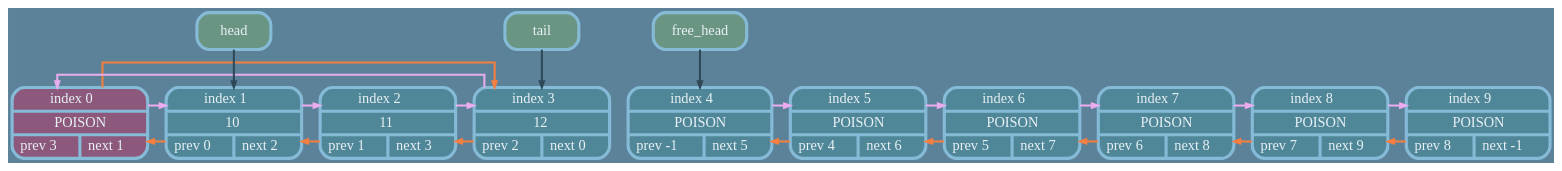
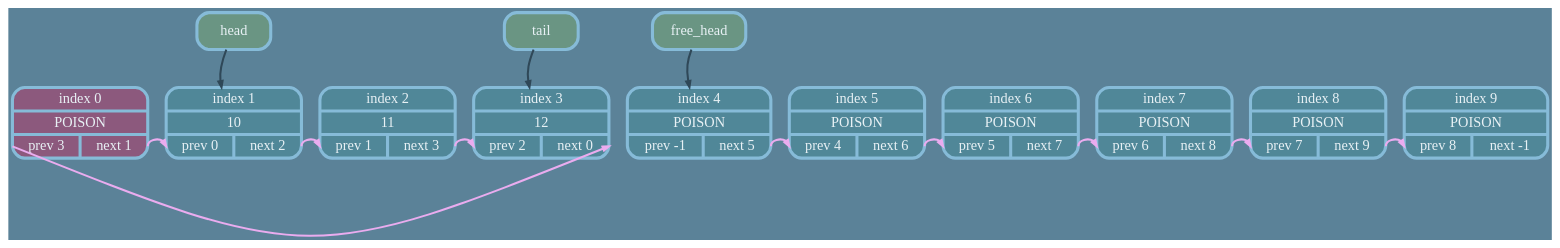
The diagram in pic1.dot (Knightususa/List), drawn with Graphviz before and after one commit. The commit also changed 3 other files, not shown here.

```diff
--- a/pic1.dot
+++ b/pic1.dot
@@ -1,54 +1,45 @@
 digraph G {
-	splines = ortho;
+splines = curved
 	graph [bgcolor = "#5B8298"]
 	node [shape = record, fontname = "Consolas", style = "rounded, filled", height = 0.5, width = 1, color = "#86BBD8", fontcolor = "#E8F1F5", penwidth = 3]
 	edge [color = "#2F4858", fontcolor = "#2F4858", penwidth = 2, arrowsize = 0.6];
 
 	node [fillcolor = "#c5285c74"]
-	0 [label = <{index 0 | POISON |{prev 3| next 1}}>];
+	0 [label = "{<index> index 0 | POISON |{<prev> prev 3|<next> next 1}}"];
 
 	node [fillcolor = "#478d9a8a"]
-	1 [label = <{index 1 | 10 |{prev 0| next 2}}>];
-	2 [label = <{index 2 | 11 |{prev 1| next 3}}>];
-	3 [label = <{index 3 | 12 |{prev 2| next 0}}>];
-	4 [label = <{index 4 | POISON |{prev -1| next 5}}>];
-	5 [label = <{index 5 | POISON |{prev 4| next 6}}>];
-	6 [label = <{index 6 | POISON |{prev 5| next 7}}>];
-	7 [label = <{index 7 | POISON |{prev 6| next 8}}>];
-	8 [label = <{index 8 | POISON |{prev 7| next 9}}>];
-	9 [label = <{index 9 | POISON |{prev 8| next -1}}>];
+	1 [label = "{<index> index 1 | 10 |{<prev> prev 0|<next> next 2}}"];
+	2 [label = "{<index> index 2 | 11 |{<prev> prev 1|<next> next 3}}"];
+	3 [label = "{<index> index 3 | 12 |{<prev> prev 2|<next> next 0}}"];
+	4 [label = "{<index> index 4 | POISON |{<prev> prev -1|<next> next 5}}"];
+	5 [label = "{<index> index 5 | POISON |{<prev> prev 4|<next> next 6}}"];
+	6 [label = "{<index> index 6 | POISON |{<prev> prev 5|<next> next 7}}"];
+	7 [label = "{<index> index 7 | POISON |{<prev> prev 6|<next> next 8}}"];
+	8 [label = "{<index> index 8 | POISON |{<prev> prev 7|<next> next 9}}"];
+	9 [label = "{<index> index 9 | POISON |{<prev> prev 8|<next> next -1}}"];
 
 	node [fillcolor = "#78a5728b"]
 	head
 	tail
 	free_head
 
-	0 -> 1 [color = "#eaacef"];
-	0 -> 3 [color = "#F47F41"];
-	1 -> 2 [color = "#eaacef"];
-	1 -> 0 [color = "#F47F41"];
-	2 -> 3 [color = "#eaacef"];
-	2 -> 1 [color = "#F47F41"];
-	3 -> 0 [color = "#eaacef"];
-	3 -> 2 [color = "#F47F41"];
-	4 -> 5 [color = "#eaacef"];
-	5 -> 6 [color = "#eaacef"];
-	5 -> 4 [color = "#F47F41"];
-	6 -> 7 [color = "#eaacef"];
-	6 -> 5 [color = "#F47F41"];
-	7 -> 8 [color = "#eaacef"];
-	7 -> 6 [color = "#F47F41"];
-	8 -> 9 [color = "#eaacef"];
-	8 -> 7 [color = "#F47F41"];
-	9 -> 8 [color = "#F47F41"];
+	0:next:e -> 1:prev:w [color = "#eaacef"];
+	1:next:e -> 2:prev:w [color = "#eaacef"];
+	2:next:e -> 3:prev:w [color = "#eaacef"];
+	3:next:e -> 0:prev:w [color = "#eaacef"];
+	4:next:e -> 5:prev:w [color = "#eaacef"];
+	5:next:e -> 6:prev:w [color = "#eaacef"];
+	6:next:e -> 7:prev:w [color = "#eaacef"];
+	7:next:e -> 8:prev:w [color = "#eaacef"];
+	8:next:e -> 9:prev:w [color = "#eaacef"];
 
 	{rank = same; 0; 1; 2; 3; 4; 5; 6; 7; 8; 9; }
 
 	0 -> 1 -> 2 -> 3 -> 4 -> 5 -> 6 -> 7 -> 8 -> 9
 	[style=invis, weight=100];
 
 	{rank = sink}
 	head -> 1
 	tail -> 3
 	free_head -> 4
 }
```
